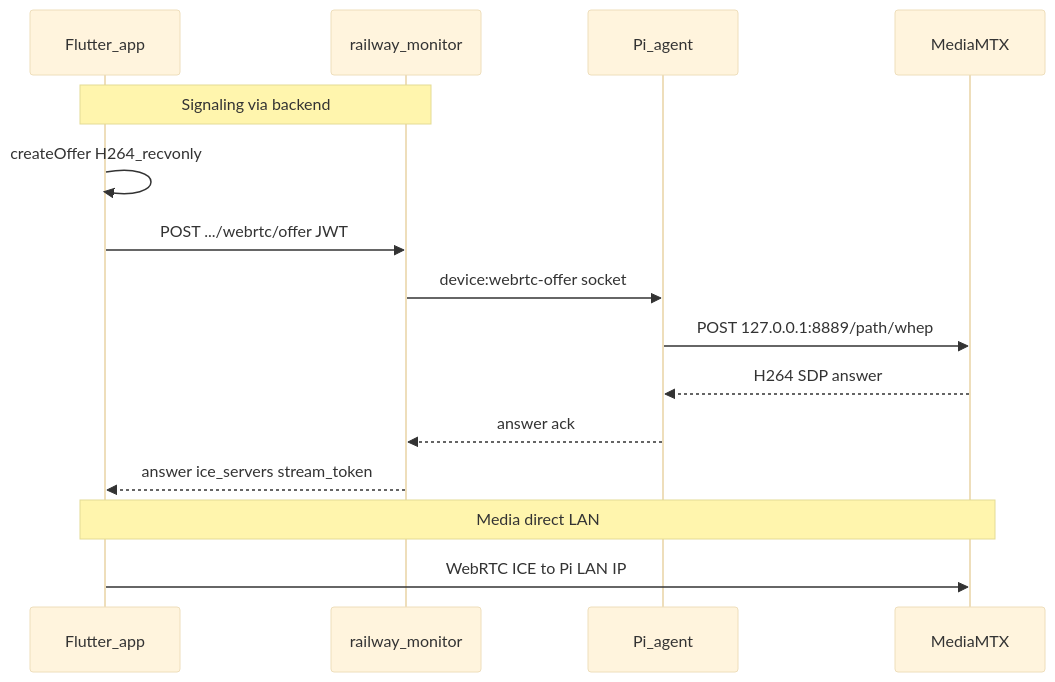
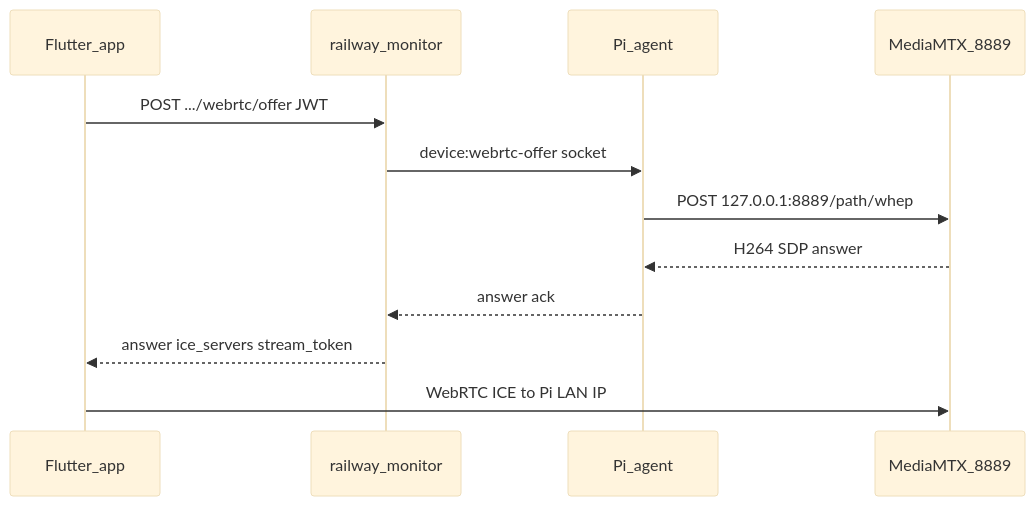
Before and after one commit to vikramsinhwork-source/pi-code: the second of 2 diagrams in docs/streaming-architecture-mediamtx.md, drawn with Mermaid (base theme). The commit also changed other lines of this file and 8 other files, not shown here.

````diff
--- a/docs/streaming-architecture-mediamtx.md
+++ b/docs/streaming-architecture-mediamtx.md
@@ -7,19 +37,15 @@
 ```mermaid
 sequenceDiagram
   participant App as Flutter_app
   participant API as railway_monitor
   participant Agent as Pi_agent
-  participant MTX as MediaMTX
+  participant MTX as MediaMTX_8889
 
-  Note over App,API: Signaling via backend
-  App->>App: createOffer H264_recvonly
   App->>API: POST .../webrtc/offer JWT
   API->>Agent: device:webrtc-offer socket
   Agent->>MTX: POST 127.0.0.1:8889/path/whep
   MTX-->>Agent: H264 SDP answer
   Agent-->>API: answer ack
   API-->>App: answer ice_servers stream_token
-
-  Note over App,MTX: Media direct LAN
   App->>MTX: WebRTC ICE to Pi LAN IP
 ```
````
